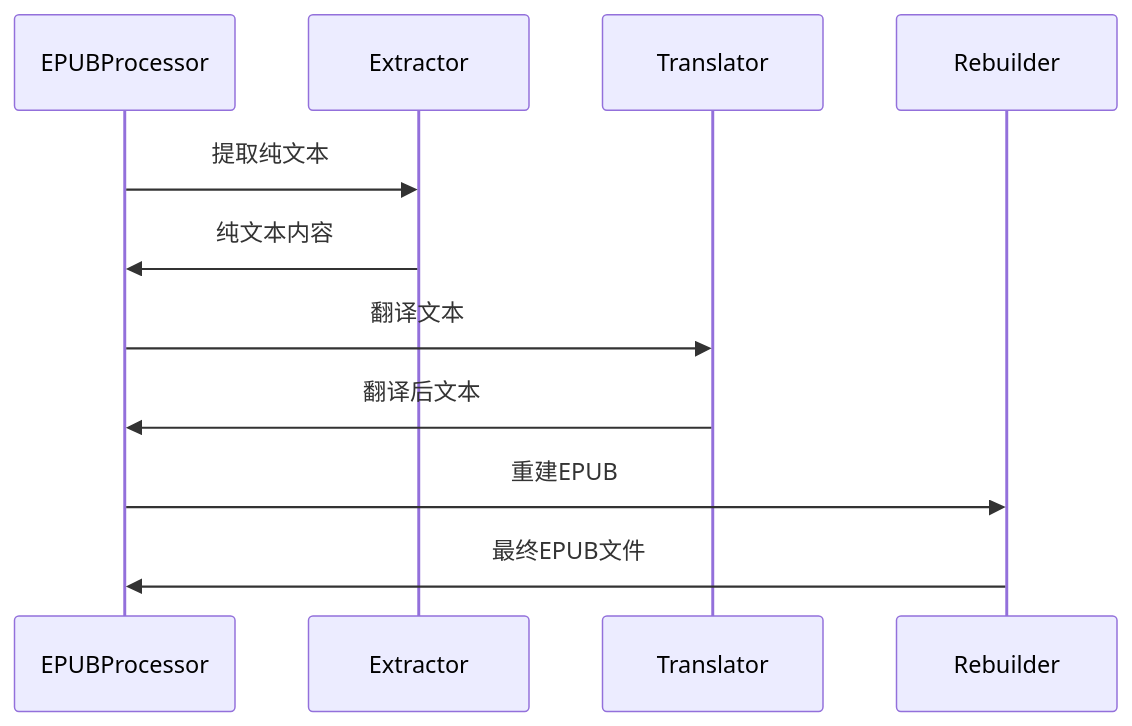
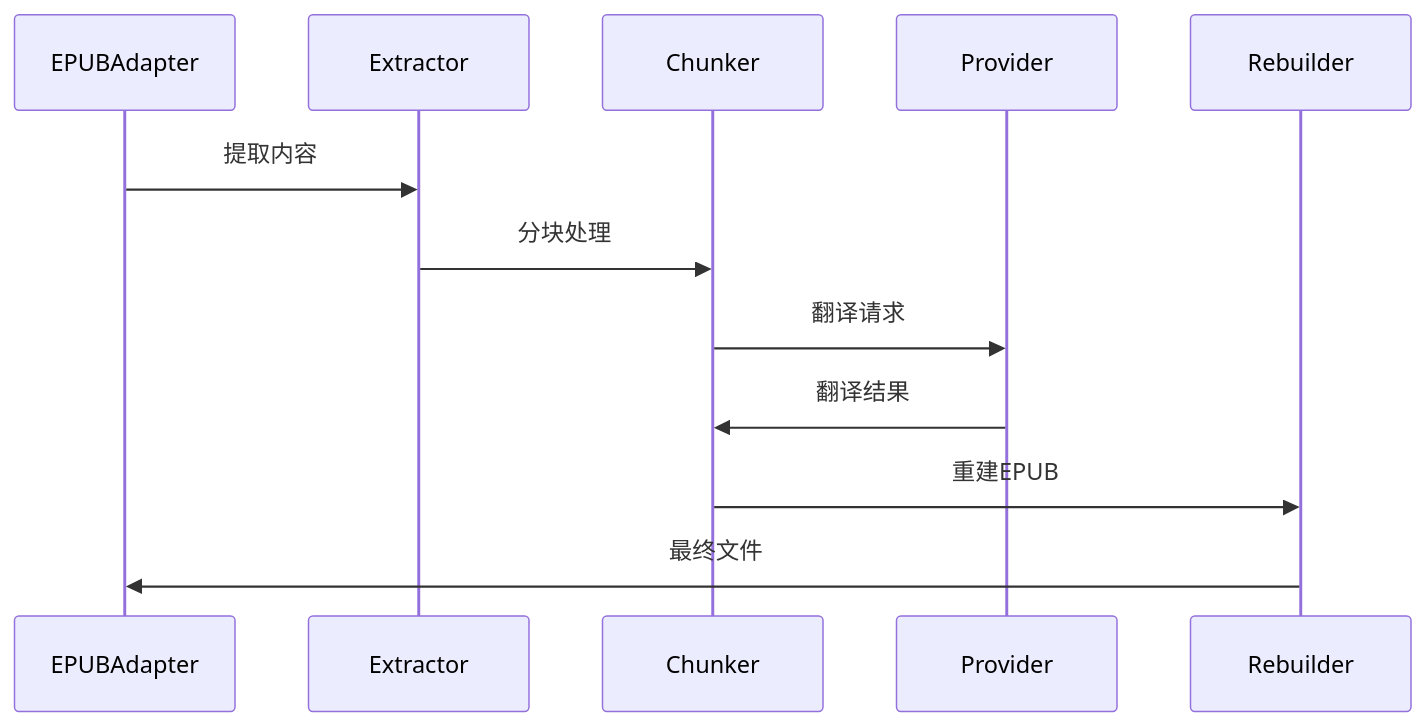
One commit to afanty2021/TranslateBookWithLLM changed the second of 2 diagrams in src/core/CLAUDE.md. Above: the diagram before and after it, drawn with Mermaid. The commit also changed other lines of this file and 1 other file, not shown here.

First line of the commit message:
docs: update CLAUDE.md to reflect major architecture refactoring

````diff
--- a/src/core/CLAUDE.md
+++ b/src/core/CLAUDE.md
@@ -145,14 +331,15 @@
 ```mermaid
 sequenceDiagram
-    participant EPUBProcessor
+    participant EPUBAdapter
     participant Extractor
-    participant Translator
+    participant Chunker
+    participant Provider
     participant Rebuilder
 
-    EPUBProcessor->>Extractor: 提取纯文本
-    Extractor->>EPUBProcessor: 纯文本内容
-    EPUBProcessor->>Translator: 翻译文本
-    Translator->>EPUBProcessor: 翻译后文本
-    EPUBProcessor->>Rebuilder: 重建EPUB
-    Rebuilder->>EPUBProcessor: 最终EPUB文件
+    EPUBAdapter->>Extractor: 提取内容
+    Extractor->>Chunker: 分块处理
+    Chunker->>Provider: 翻译请求
+    Provider->>Chunker: 翻译结果
+    Chunker->>Rebuilder: 重建EPUB
+    Rebuilder->>EPUBAdapter: 最终文件
 ```
````
